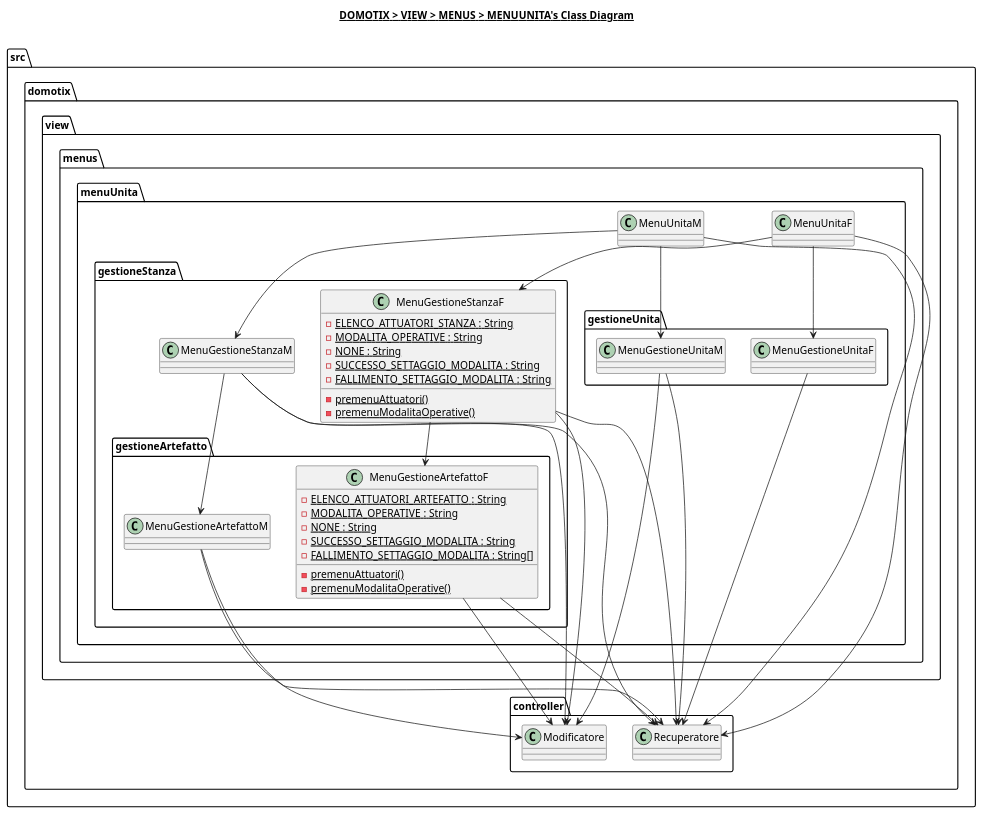
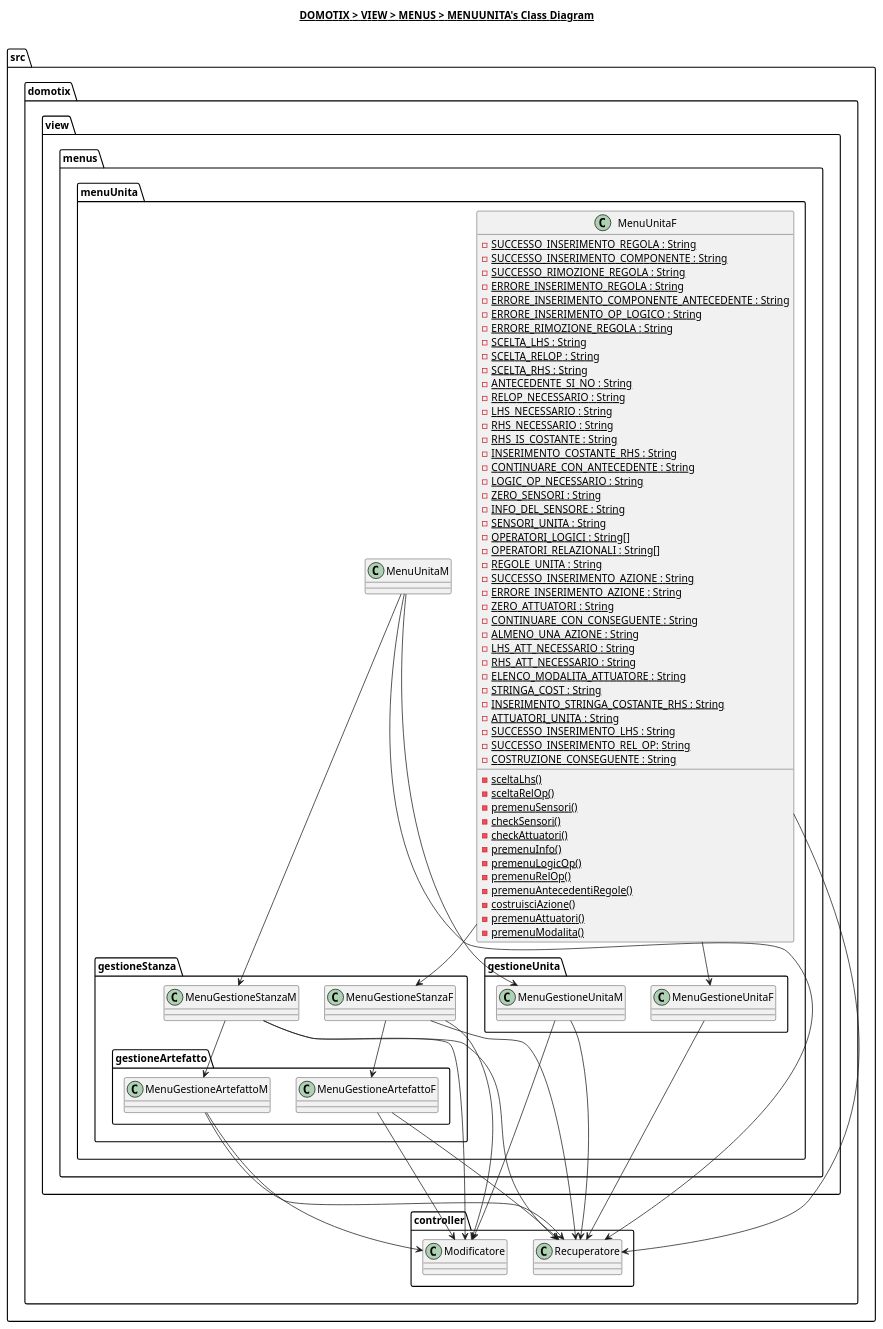
The diagram in src/domotix/view/menus/menuUnita/menuUnita.plantuml (Edoar-do/Domotix), drawn with PlantUML before and after one commit. The commit also changed 30 other files, not shown here.

```diff
--- a/src/domotix/view/menus/menuUnita/menuUnita.plantuml
+++ b/src/domotix/view/menus/menuUnita/menuUnita.plantuml
@@ -1,72 +1,108 @@
 @startuml
 
 title __DOMOTIX > VIEW > MENUS > MENUUNITA's Class Diagram__\n
 
 namespace src.domotix.view.menus.menuUnita {
     class src.domotix.view.menus.menuUnita.MenuUnitaF {
+        {static} - SUCCESSO_INSERIMENTO_REGOLA : String
+        {static} - SUCCESSO_INSERIMENTO_COMPONENTE : String
+        {static} - SUCCESSO_RIMOZIONE_REGOLA : String
+        {static} - ERRORE_INSERIMENTO_REGOLA : String
+        {static} - ERRORE_INSERIMENTO_COMPONENTE_ANTECEDENTE : String
+        {static} - ERRORE_INSERIMENTO_OP_LOGICO : String
+        {static} - ERRORE_RIMOZIONE_REGOLA : String
+        {static} - SCELTA_LHS : String
+        {static} - SCELTA_RELOP : String
+        {static} - SCELTA_RHS : String
+        {static} - ANTECEDENTE_SI_NO : String
+        {static} - RELOP_NECESSARIO : String
+        {static} - LHS_NECESSARIO : String
+        {static} - RHS_NECESSARIO : String
+        {static} - RHS_IS_COSTANTE : String
+        {static} - INSERIMENTO_COSTANTE_RHS : String
+        {static} - CONTINUARE_CON_ANTECEDENTE : String
+        {static} - LOGIC_OP_NECESSARIO : String
+        {static} - ZERO_SENSORI : String
+        {static} - INFO_DEL_SENSORE : String
+        {static} - SENSORI_UNITA : String
+        {static} - OPERATORI_LOGICI : String[]
+        {static} - OPERATORI_RELAZIONALI : String[]
+        {static} - REGOLE_UNITA : String
+        {static} - SUCCESSO_INSERIMENTO_AZIONE : String
+        {static} - ERRORE_INSERIMENTO_AZIONE : String
+        {static} - ZERO_ATTUATORI : String
+        {static} - CONTINUARE_CON_CONSEGUENTE : String
+        {static} - ALMENO_UNA_AZIONE : String
+        {static} - LHS_ATT_NECESSARIO : String
+        {static} - RHS_ATT_NECESSARIO : String
+        {static} - ELENCO_MODALITA_ATTUATORE : String
+        {static} - STRINGA_COST : String
+        {static} - INSERIMENTO_STRINGA_COSTANTE_RHS : String
+        {static} - ATTUATORI_UNITA : String
+        {static} - SUCCESSO_INSERIMENTO_LHS : String
+        {static} - SUCCESSO_INSERIMENTO_REL_OP: String
+        {static} - COSTRUZIONE_CONSEGUENTE : String
+        {static} - sceltaLhs()
+        {static} - sceltaRelOp()
+        {static} - premenuSensori()
+        {static} - checkSensori()
+        {static} - checkAttuatori()
+        {static} - premenuInfo()
+        {static} - premenuLogicOp()
+        {static} - premenuRelOp()
+        {static} - premenuAntecedentiRegole()
+        {static} - costruisciAzione()
+        {static} - premenuAttuatori()
+        {static} - premenuModalita()
     }
 
     class src.domotix.view.menus.menuUnita.MenuUnitaM {
     }
 
     namespace gestioneUnita {
         class src.domotix.view.menus.menuUnita.gestioneUnita.MenuGestioneUnitaF {
         }
 
         class src.domotix.view.menus.menuUnita.gestioneUnita.MenuGestioneUnitaM {
         }
     }
 
     namespace gestioneStanza {
         class src.domotix.view.menus.menuUnita.gestioneStanza.MenuGestioneStanzaF {
-            {static} - ELENCO_ATTUATORI_STANZA : String
-            {static} - MODALITA_OPERATIVE : String
-            {static} - NONE : String
-            {static} - SUCCESSO_SETTAGGIO_MODALITA : String
-            {static} - FALLIMENTO_SETTAGGIO_MODALITA : String
-            {static} - premenuAttuatori()
-            {static} - premenuModalitaOperative()
         }
 
         class src.domotix.view.menus.menuUnita.gestioneStanza.MenuGestioneStanzaM {
         }
 
         namespace gestioneArtefatto {
             class src.domotix.view.menus.menuUnita.gestioneStanza.gestioneArtefatto.MenuGestioneArtefattoF {
-                {static} - ELENCO_ATTUATORI_ARTEFATTO : String
-                {static} - MODALITA_OPERATIVE : String
-                {static} - NONE : String
-                {static} - SUCCESSO_SETTAGGIO_MODALITA : String
-                {static} - FALLIMENTO_SETTAGGIO_MODALITA : String[]
-                {static} - premenuAttuatori()
-                {static} - premenuModalitaOperative()
             }
 
             class src.domotix.view.menus.menuUnita.gestioneStanza.gestioneArtefatto.MenuGestioneArtefattoM {
             }
         }
     }
 }
 
 src.domotix.view.menus.menuUnita.MenuUnitaM --> src.domotix.view.menus.menuUnita.gestioneUnita.MenuGestioneUnitaM
 src.domotix.view.menus.menuUnita.MenuUnitaM --> src.domotix.view.menus.menuUnita.gestioneStanza.MenuGestioneStanzaM
 src.domotix.view.menus.menuUnita.gestioneStanza.MenuGestioneStanzaM --> src.domotix.view.menus.menuUnita.gestioneStanza.gestioneArtefatto.MenuGestioneArtefattoM
 src.domotix.view.menus.menuUnita.MenuUnitaF --> src.domotix.view.menus.menuUnita.gestioneUnita.MenuGestioneUnitaF
 src.domotix.view.menus.menuUnita.MenuUnitaF --> src.domotix.view.menus.menuUnita.gestioneStanza.MenuGestioneStanzaF
 src.domotix.view.menus.menuUnita.gestioneStanza.MenuGestioneStanzaF --> src.domotix.view.menus.menuUnita.gestioneStanza.gestioneArtefatto.MenuGestioneArtefattoF
 
 src.domotix.view.menus.menuUnita.MenuUnitaM --> src.domotix.controller.Recuperatore
 src.domotix.view.menus.menuUnita.MenuUnitaF --> src.domotix.controller.Recuperatore
 src.domotix.view.menus.menuUnita.gestioneUnita.MenuGestioneUnitaM --> src.domotix.controller.Modificatore
 src.domotix.view.menus.menuUnita.gestioneUnita.MenuGestioneUnitaM --> src.domotix.controller.Recuperatore
 src.domotix.view.menus.menuUnita.gestioneUnita.MenuGestioneUnitaF --> src.domotix.controller.Recuperatore
 src.domotix.view.menus.menuUnita.gestioneStanza.MenuGestioneStanzaM --> src.domotix.controller.Modificatore
 src.domotix.view.menus.menuUnita.gestioneStanza.MenuGestioneStanzaM --> src.domotix.controller.Recuperatore
 src.domotix.view.menus.menuUnita.gestioneStanza.MenuGestioneStanzaF --> src.domotix.controller.Recuperatore
 src.domotix.view.menus.menuUnita.gestioneStanza.MenuGestioneStanzaF --> src.domotix.controller.Modificatore
 src.domotix.view.menus.menuUnita.gestioneStanza.gestioneArtefatto.MenuGestioneArtefattoM --> src.domotix.controller.Modificatore
 src.domotix.view.menus.menuUnita.gestioneStanza.gestioneArtefatto.MenuGestioneArtefattoM --> src.domotix.controller.Recuperatore
 src.domotix.view.menus.menuUnita.gestioneStanza.gestioneArtefatto.MenuGestioneArtefattoF --> src.domotix.controller.Recuperatore
 src.domotix.view.menus.menuUnita.gestioneStanza.gestioneArtefatto.MenuGestioneArtefattoF --> src.domotix.controller.Modificatore
 
 @enduml
```
